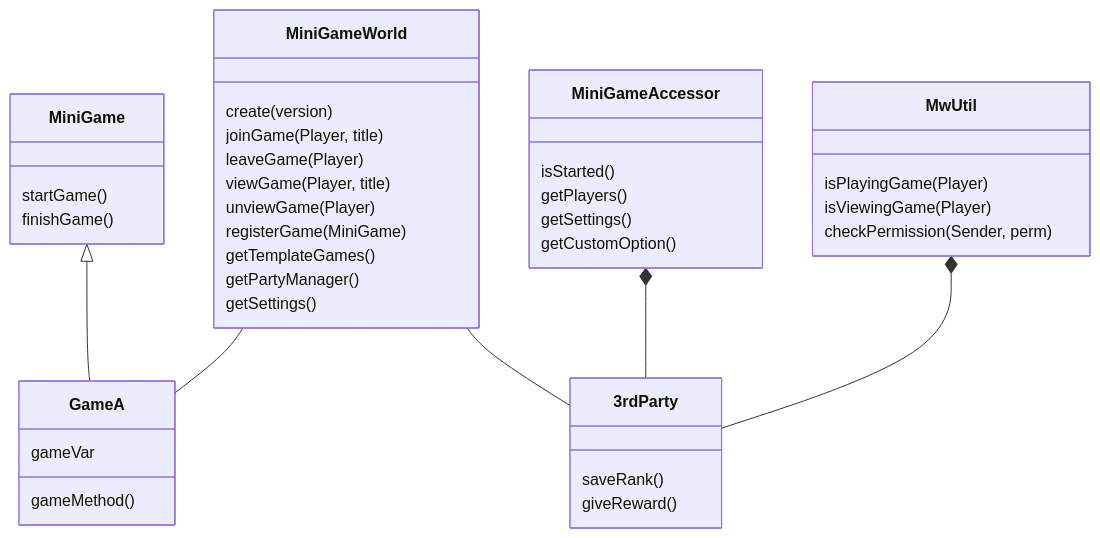
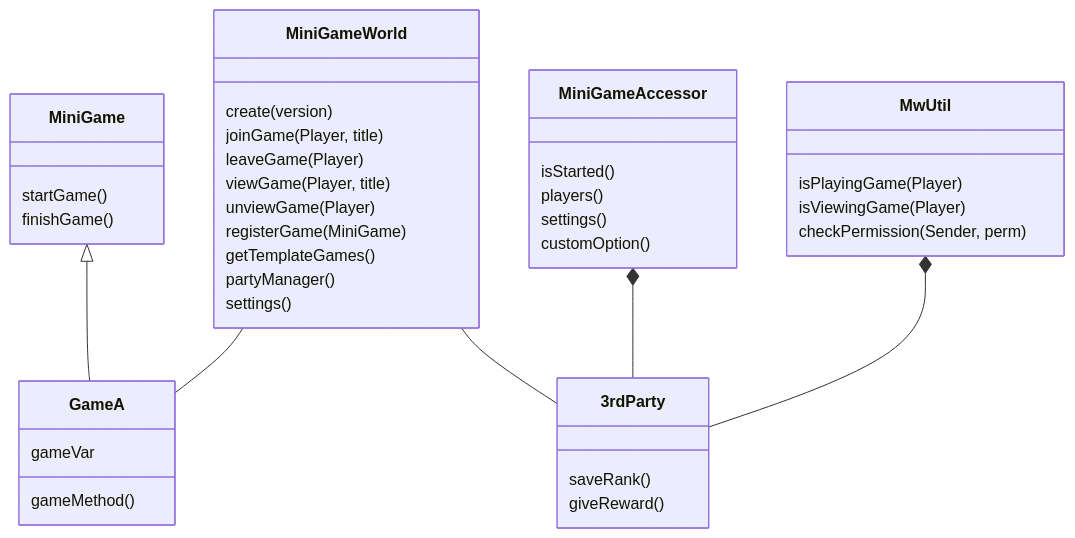
The diagram in resources/devWiki/Home.md (MiniGameWorlds/MiniGameWorld), drawn with Mermaid before and after one commit. The commit also changed 23 other files, not shown here.

````diff
--- a/resources/devWiki/Home.md
+++ b/resources/devWiki/Home.md
@@ -25,43 +25,43 @@
 ```mermaid
 classDiagram
     MiniGame <|-- GameA
     MiniGameWorld -- GameA
     MiniGameWorld -- 3rdParty
     MiniGameAccessor *-- 3rdParty
     MwUtil *-- 3rdParty
 
     class MiniGameWorld{
         create(version)
         joinGame(Player, title)
         leaveGame(Player)
         viewGame(Player, title)
         unviewGame(Player)
         registerGame(MiniGame)
         getTemplateGames()
-        getPartyManager()
-        getSettings()
+        partyManager()
+        settings()
     }
     class MwUtil{
         isPlayingGame(Player)
         isViewingGame(Player)
         checkPermission(Sender, perm)
     }
     class MiniGameAccessor{
         isStarted()
-        getPlayers()
-        getSettings()
-        getCustomOption()
+        players()
+        settings()
+        customOption()
     }
     class MiniGame{
         startGame()
         finishGame()
     }
     class GameA{
         gameVar
         gameMethod()
     }
     class 3rdParty{
         saveRank()
         giveReward()
     }
 ```
````
